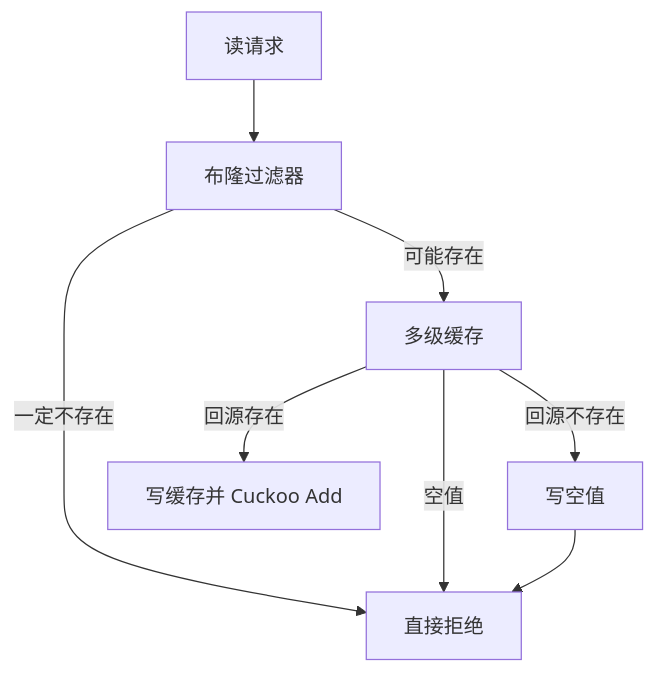
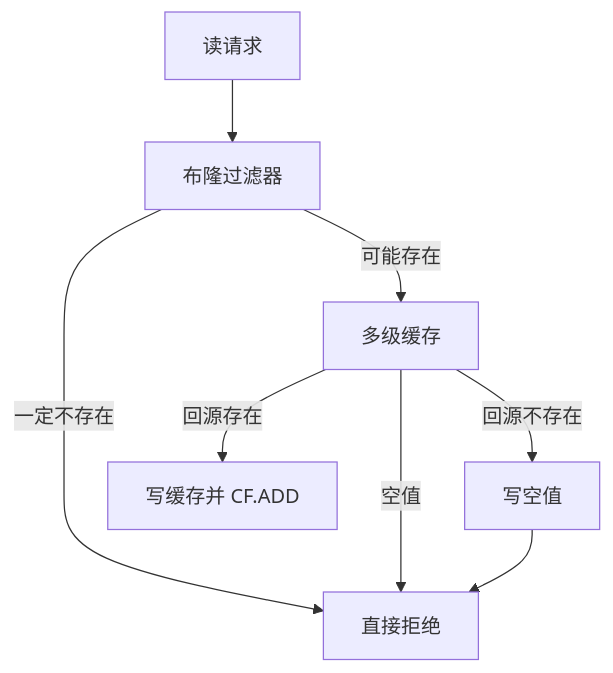
The first of 9 diagrams in docs/modules/09-热点缓存与多级缓存策略.md (bitladykiller/zhiguang_go), drawn with Mermaid before and after one commit. The commit also changed other lines of this file and 12 other files, not shown here.

````diff
--- a/docs/modules/09-热点缓存与多级缓存策略.md
+++ b/docs/modules/09-热点缓存与多级缓存策略.md
@@ -205,10 +205,10 @@
 ```mermaid
 flowchart TD
     A[读请求] --> B[布隆过滤器]
     B -->|一定不存在| C[直接拒绝]
     B -->|可能存在| D[多级缓存]
     D -->|空值| C
     D -->|回源不存在| E[写空值]
     E --> C
-    D -->|回源存在| F[写缓存并 Cuckoo Add]
+    D -->|回源存在| F[写缓存并 CF.ADD]
 ```
````
